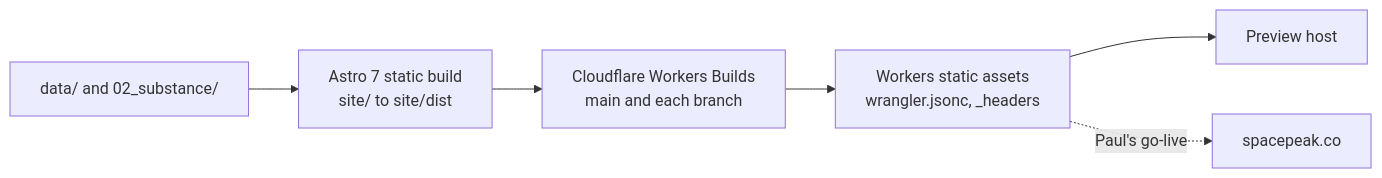
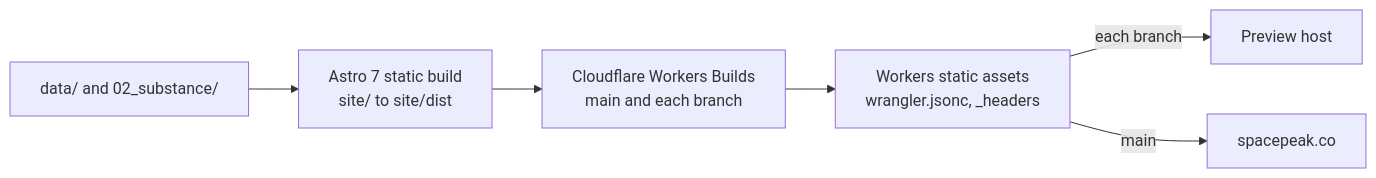
The diagram in README.md (Colorado-Startups/space-peak), drawn with Mermaid before and after one commit. The commit also changed other lines of this file and 10 other files, not shown here.

````diff
--- a/README.md
+++ b/README.md
@@ -15,8 +15,8 @@
 ```mermaid
 flowchart LR
   D["data/ and 02_substance/"] --> A["Astro 7 static build<br/>site/ to site/dist"]
   A --> B["Cloudflare Workers Builds<br/>main and each branch"]
   B --> C["Workers static assets<br/>wrangler.jsonc, _headers"]
-  C --> P["Preview host"]
-  C -. "Paul's go-live" .-> S["spacepeak.co"]
+  C -- "each branch" --> P["Preview host"]
+  C -- "main" --> S["spacepeak.co"]
 ```
````
